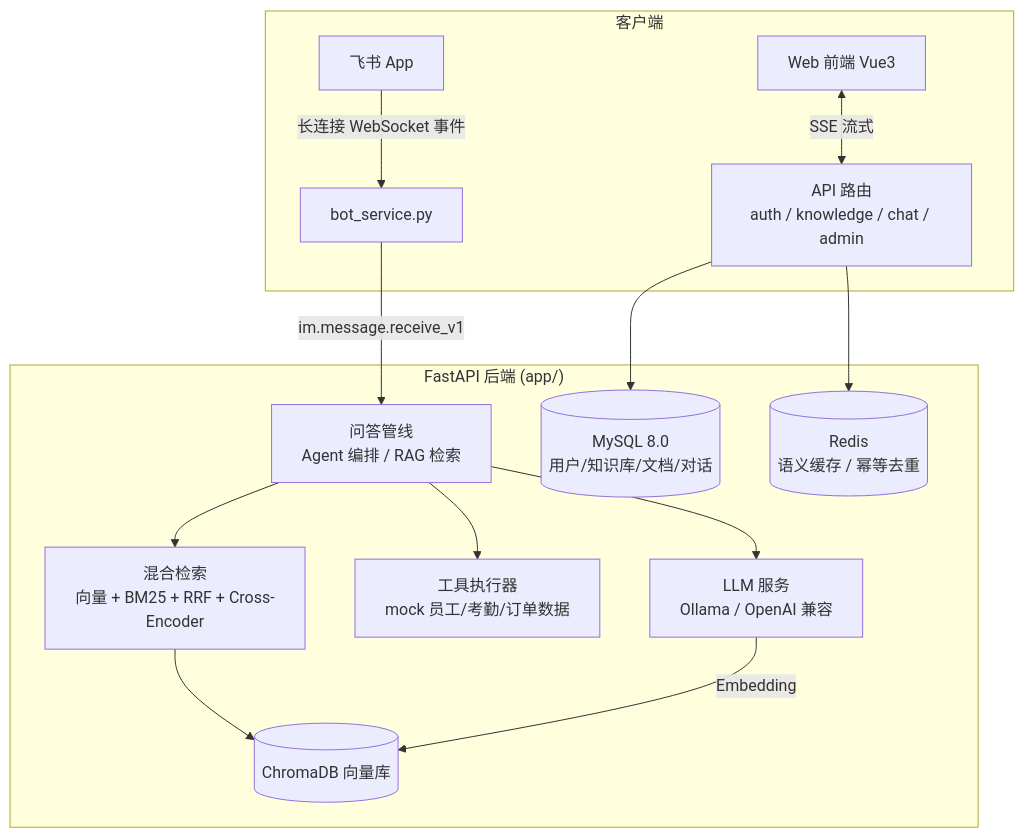
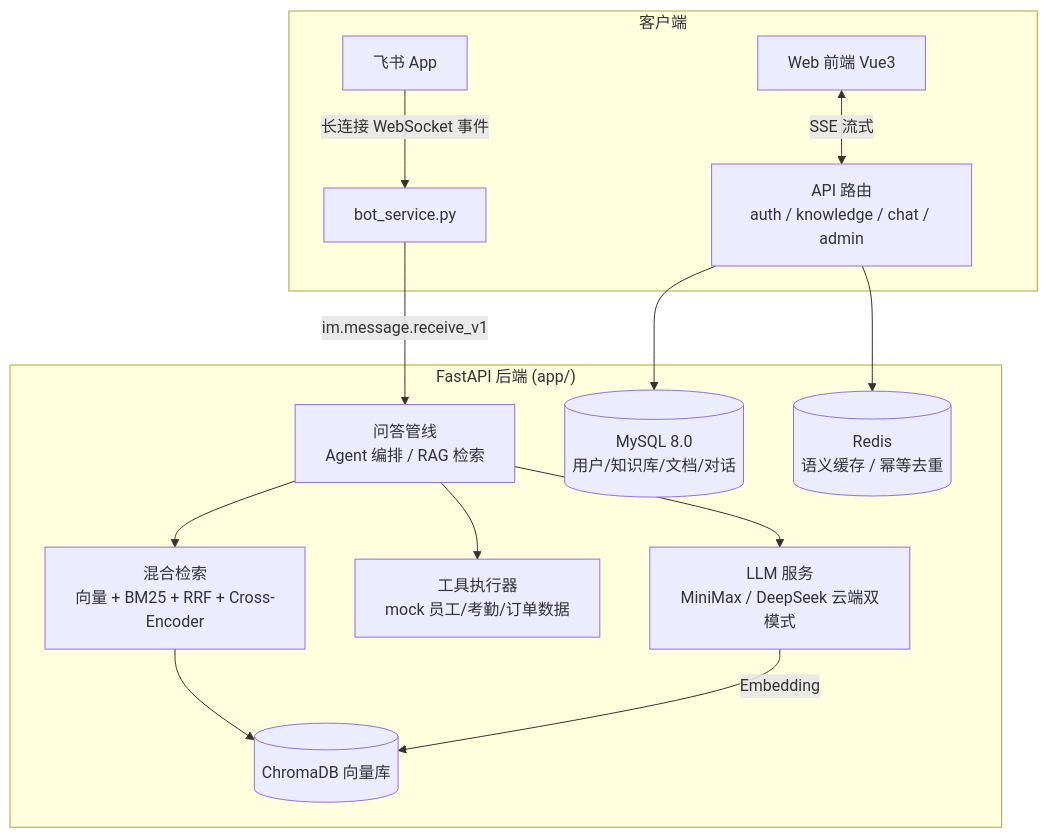
One commit to 2179948316-boop/xiaosu-ai-assistant changed the diagram in README.md. Above: the diagram before and after it, drawn with Mermaid. The commit also changed other lines of this file and 35 other files, not shown here.

````diff
--- a/README.md
+++ b/README.md
@@ -20,20 +22,20 @@
 ```mermaid
 flowchart TB
     subgraph Client["客户端"]
         WEB[Web 前端 Vue3]<-->|SSE 流式| API
         FEISHU[飞书 App]-->|长连接 WebSocket 事件| BOT[bot_service.py]
     end
 
     subgraph Backend["FastAPI 后端 (app/)"]
         API[API 路由<br/>auth / knowledge / chat / admin]
         BOT-->|im.message.receive_v1| PIPELINE[问答管线<br/>Agent 编排 / RAG 检索]
-        PIPELINE --> LLM[LLM 服务<br/>Ollama / OpenAI 兼容]
+        PIPELINE --> LLM[LLM 服务<br/>MiniMax / DeepSeek 云端双模式]
         PIPELINE --> TOOLS[工具执行器<br/>mock 员工/考勤/订单数据]
         PIPELINE --> RETRIEVAL[混合检索<br/>向量 + BM25 + RRF + Cross-Encoder]
         RETRIEVAL --> CHROMA[(ChromaDB 向量库)]
         API --> DB[(MySQL 8.0<br/>用户/知识库/文档/对话)]
         API --> REDIS[(Redis<br/>语义缓存 / 幂等去重)]
     end
 
     LLM -->|Embedding| CHROMA
 ```
````
